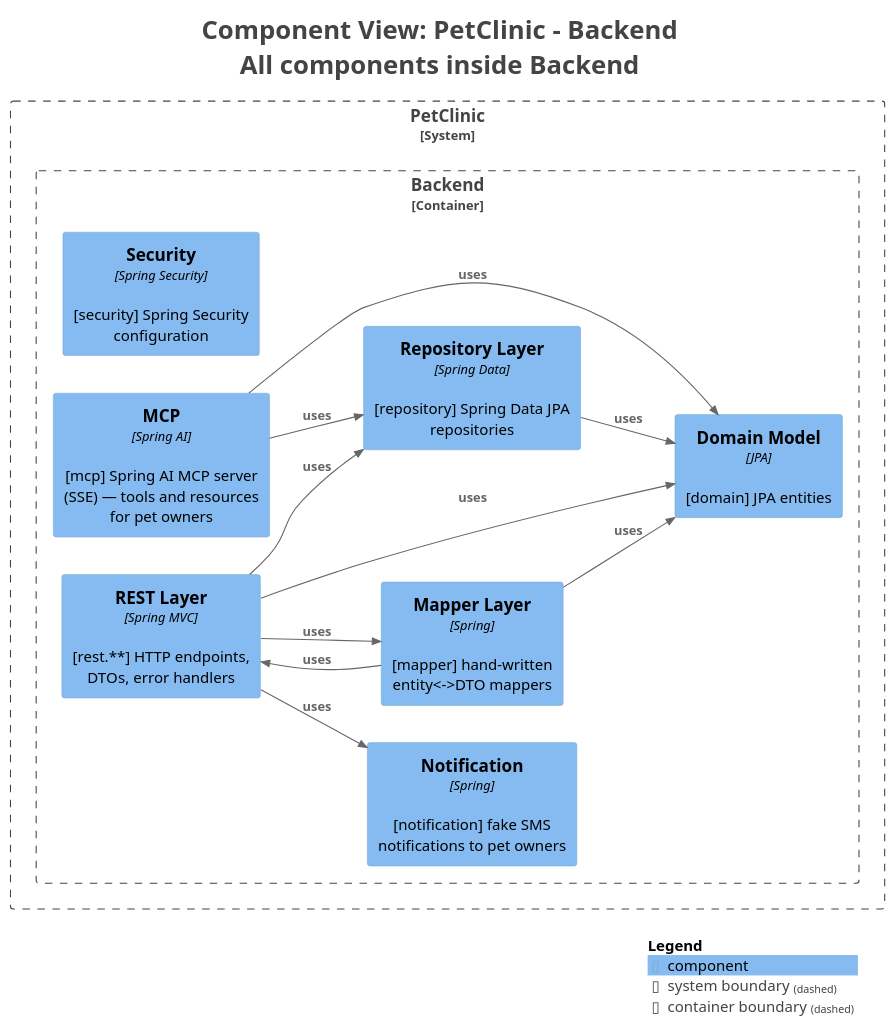
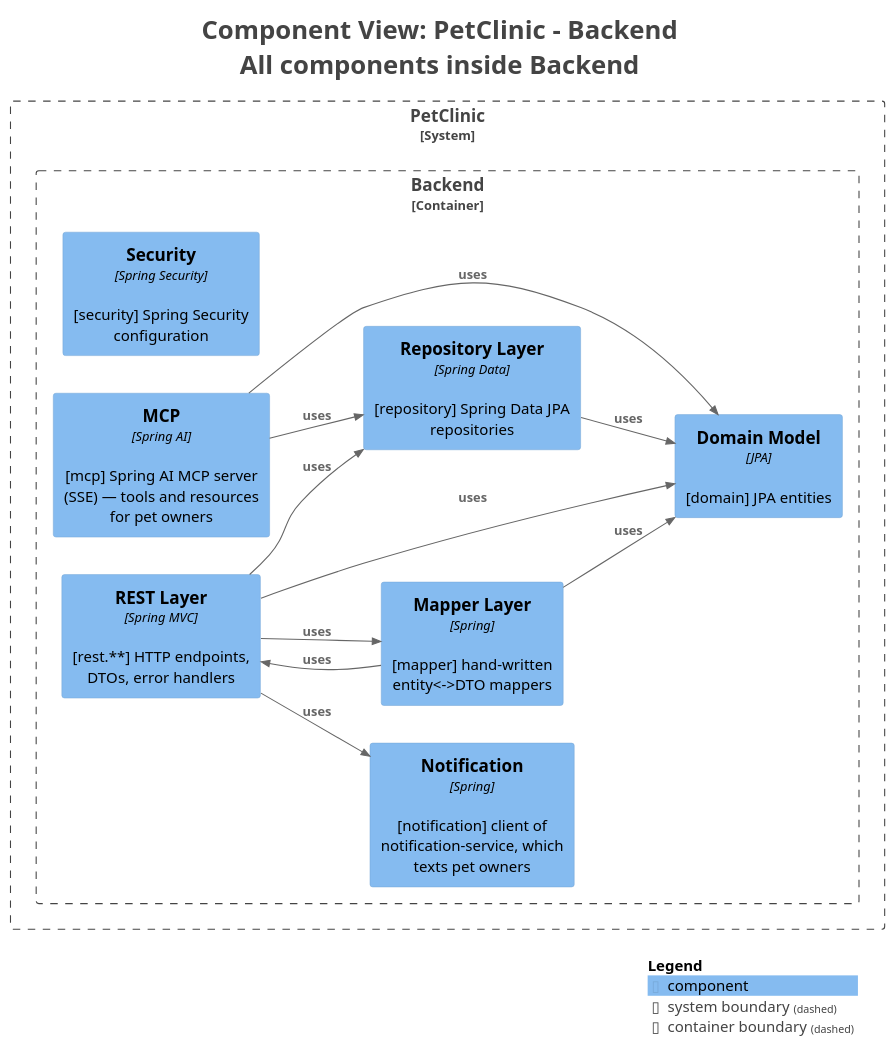
Before and after one commit to kashann/petclinic: the diagram in petclinic-backend/docs/generated/c4views/C3-Components-All.puml, drawn with PlantUML. The commit also changed 33 other files, not shown here.

```diff
--- a/petclinic-backend/docs/generated/c4views/C3-Components-All.puml
+++ b/petclinic-backend/docs/generated/c4views/C3-Components-All.puml
@@ -1,43 +1,43 @@
 @startuml
 title <size:24>Component View: PetClinic - Backend</size>\n<size:24>All components inside Backend</size>
 
 set separator none
 left to right direction
 
 <style>
   root {
     BackgroundColor: #ffffff
     FontColor: #444444
   }
 </style>
 
 !include <C4/C4>
 !include <C4/C4_Context>
 !include <C4/C4_Component>
 
 System_Boundary("PetClinic_boundary", "PetClinic", $tags="") {
   Container_Boundary("PetClinic.Backend_boundary", "Backend", $tags="") {
     Component(PetClinic.Backend.Security, "Security", $techn="Spring Security", $descr="[security] Spring Security configuration", $tags="", $link="")
-    Component(PetClinic.Backend.Notification, "Notification", $techn="Spring", $descr="[notification] fake SMS notifications to pet owners", $tags="", $link="")
+    Component(PetClinic.Backend.Notification, "Notification", $techn="Spring", $descr="[notification] client of notification-service, which texts pet owners", $tags="", $link="")
     Component(PetClinic.Backend.MCP, "MCP", $techn="Spring AI", $descr="[mcp] Spring AI MCP server (SSE) — tools and resources for pet owners", $tags="", $link="")
     Component(PetClinic.Backend.RESTLayer, "REST Layer", $techn="Spring MVC", $descr="[rest.**] HTTP endpoints, DTOs, error handlers", $tags="", $link="")
     Component(PetClinic.Backend.DomainModel, "Domain Model", $techn="JPA", $descr="[domain] JPA entities", $tags="", $link="")
     Component(PetClinic.Backend.RepositoryLayer, "Repository Layer", $techn="Spring Data", $descr="[repository] Spring Data JPA repositories", $tags="", $link="")
     Component(PetClinic.Backend.MapperLayer, "Mapper Layer", $techn="Spring", $descr="[mapper] hand-written entity<->DTO mappers", $tags="", $link="")
   }
 
 }
 
 Rel(PetClinic.Backend.RESTLayer, PetClinic.Backend.MapperLayer, "uses", $techn="", $tags="", $link="")
 Rel(PetClinic.Backend.RESTLayer, PetClinic.Backend.DomainModel, "uses", $techn="", $tags="", $link="")
 Rel(PetClinic.Backend.RESTLayer, PetClinic.Backend.RepositoryLayer, "uses", $techn="", $tags="", $link="")
 Rel(PetClinic.Backend.RESTLayer, PetClinic.Backend.Notification, "uses", $techn="", $tags="", $link="")
 Rel(PetClinic.Backend.MapperLayer, PetClinic.Backend.RESTLayer, "uses", $techn="", $tags="", $link="")
 Rel(PetClinic.Backend.MapperLayer, PetClinic.Backend.DomainModel, "uses", $techn="", $tags="", $link="")
 Rel(PetClinic.Backend.RepositoryLayer, PetClinic.Backend.DomainModel, "uses", $techn="", $tags="", $link="")
 Rel(PetClinic.Backend.MCP, PetClinic.Backend.DomainModel, "uses", $techn="", $tags="", $link="")
 Rel(PetClinic.Backend.MCP, PetClinic.Backend.RepositoryLayer, "uses", $techn="", $tags="", $link="")
 
 SHOW_LEGEND(true)
 hide stereotypes
 @enduml
```
